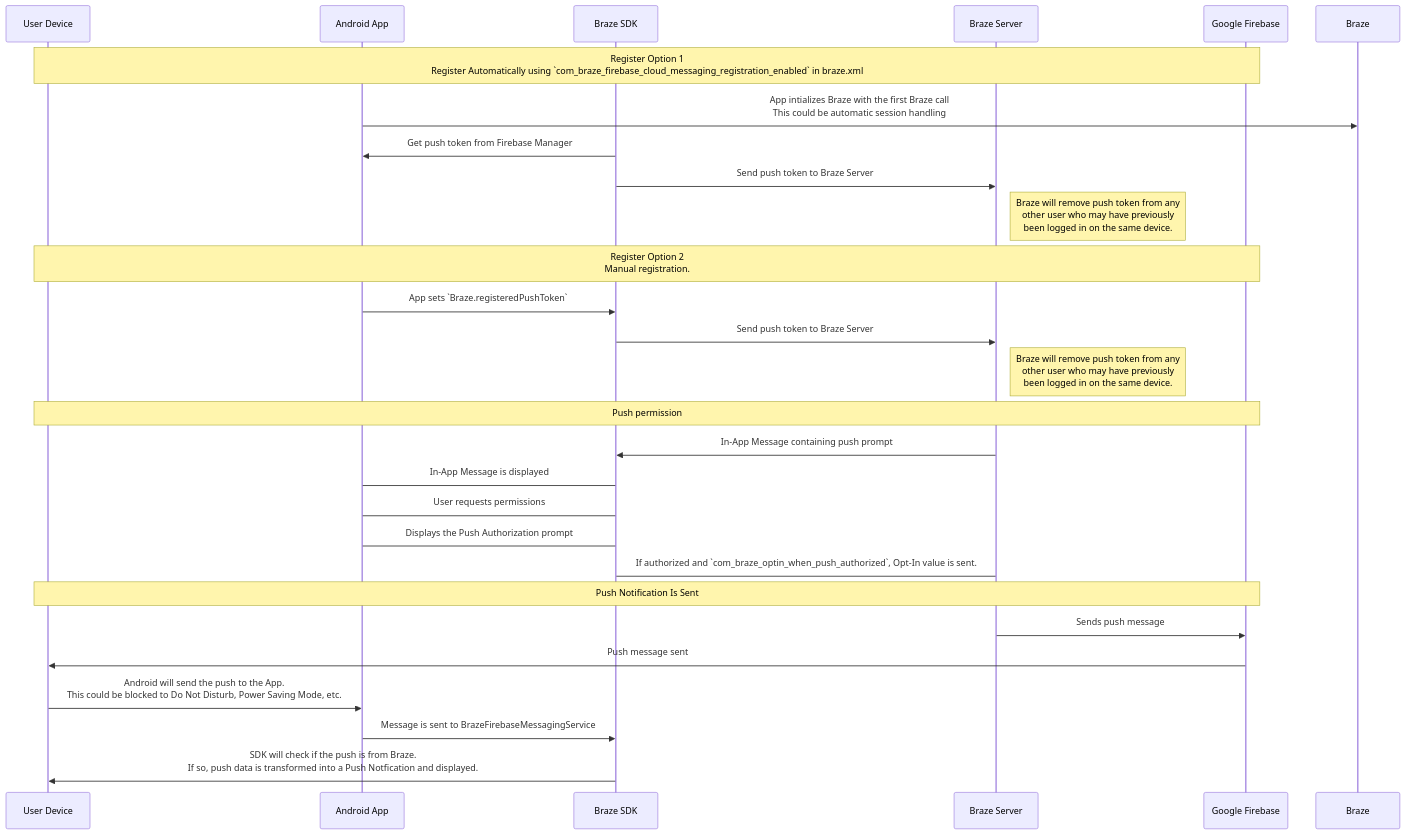
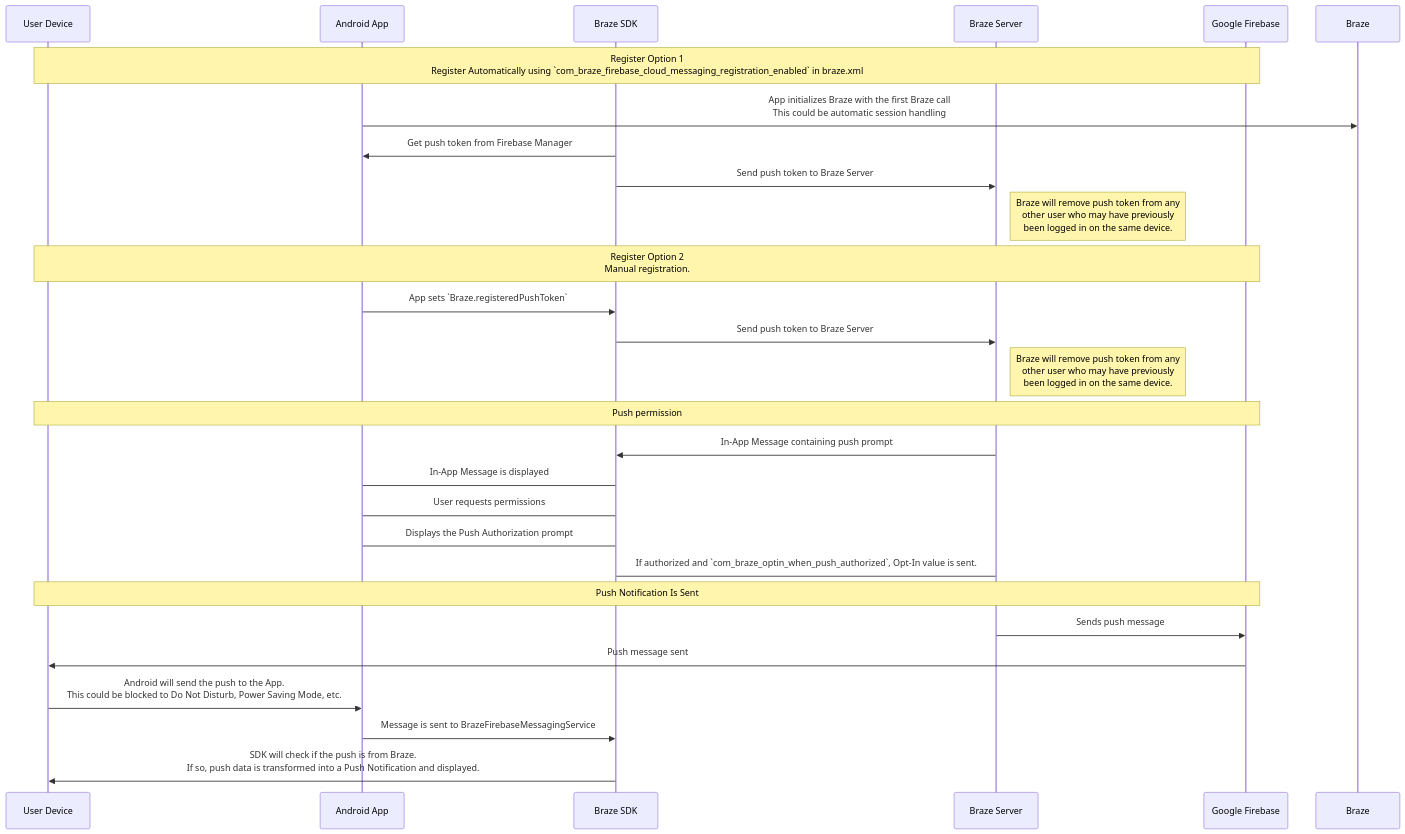
One commit to braze-inc/braze-docs changed the diagram in _includes/developer_guide/android/push_notifications/troubleshooting.md. Above: the diagram before and after it, drawn with Mermaid. The commit also changed 44 other files, not shown here.

````diff
--- a/_includes/developer_guide/android/push_notifications/troubleshooting.md
+++ b/_includes/developer_guide/android/push_notifications/troubleshooting.md
@@ -5,34 +5,34 @@
 ```mermaid
 ---
 config:
   theme: mc
 ---
 sequenceDiagram
   participant Device as User Device
   participant App as Android App
   participant BrazeSDK as Braze SDK
   participant BrazeAPI as Braze Server
   participant Firebase as Google Firebase
   Note over Device, Firebase: Register Option 1<br/>Register Automatically using `com_braze_firebase_cloud_messaging_registration_enabled` in braze.xml
-  App ->> Braze: App intializes Braze with the first Braze call<br>This could be automatic session handling
+  App ->> Braze: App initializes Braze with the first Braze call<br>This could be automatic session handling
   BrazeSDK ->> App: Get push token from Firebase Manager
   BrazeSDK ->> BrazeAPI: Send push token to Braze Server
   Note right of BrazeAPI: Braze will remove push token from any<br>other user who may have previously<br> been logged in on the same device.
   Note over Device, Firebase: Register Option 2<br/>Manual registration.
   App ->> BrazeSDK: App sets `Braze.registeredPushToken`
   BrazeSDK ->> BrazeAPI: Send push token to Braze Server
   Note right of BrazeAPI: Braze will remove push token from any<br>other user who may have previously<br> been logged in on the same device.  
   Note over Device, Firebase: Push permission
   BrazeAPI ->> BrazeSDK: In-App Message containing push prompt
   BrazeSDK -> App: In-App Message is displayed
   App -> BrazeSDK: User requests permissions
   BrazeSDK -> App: Displays the Push Authorization prompt
   BrazeSDK -> BrazeAPI: If authorized and `com_braze_optin_when_push_authorized`, Opt-In value is sent.
   Note over Device, Firebase: Push Notification Is Sent
   BrazeAPI ->> Firebase: Sends push message 
   Firebase ->> Device: Push message sent
   Device ->> App: Android will send the push to the App.<br>This could be blocked to Do Not Disturb, Power Saving Mode, etc.
   App ->> BrazeSDK: Message is sent to BrazeFirebaseMessagingService
-  BrazeSDK ->> Device: SDK will check if the push is from Braze.<br>If so, push data is transformed into a Push Notfication and displayed.
+  BrazeSDK ->> Device: SDK will check if the push is from Braze.<br>If so, push data is transformed into a Push Notification and displayed.
 
 ```
````
